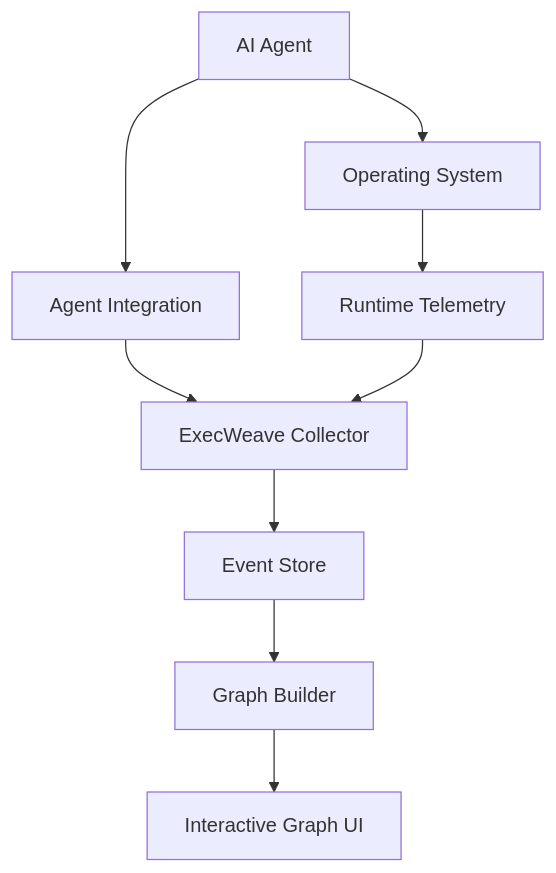
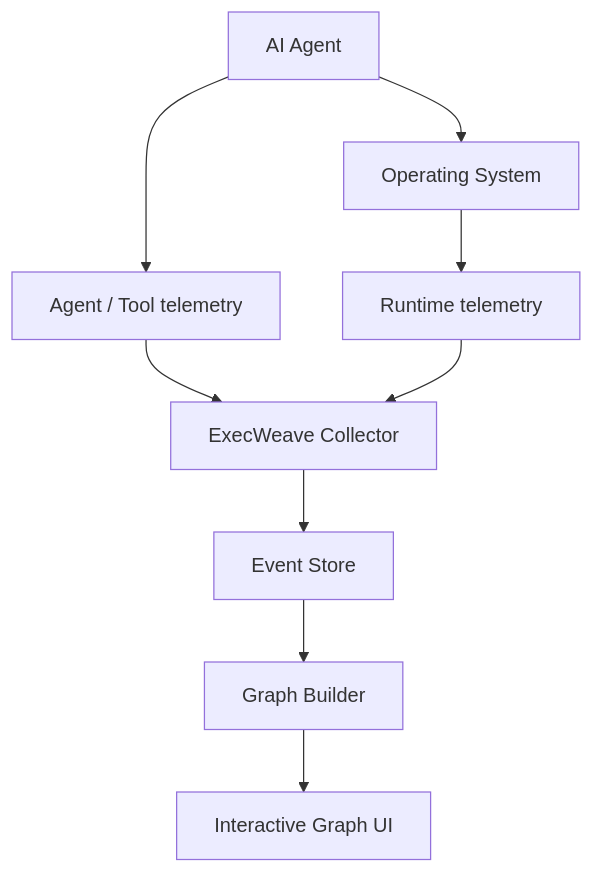
The diagram in README.md (Irish-kw/ExecWeave), drawn with Mermaid before and after one commit. The commit also changed other lines of this file, not shown here.

````diff
--- a/README.md
+++ b/README.md
@@ -308,14 +169,11 @@
 ```mermaid
 graph TD
-    A[AI Agent] --> B[Agent Integration]
+    A[AI Agent] --> B[Agent / Tool telemetry]
     A --> C[Operating System]
-
     B --> D[ExecWeave Collector]
-    C --> E[Runtime Telemetry]
-
+    C --> E[Runtime telemetry]
     E --> D
-
     D --> F[Event Store]
     F --> G[Graph Builder]
     G --> H[Interactive Graph UI]
 ```
````
